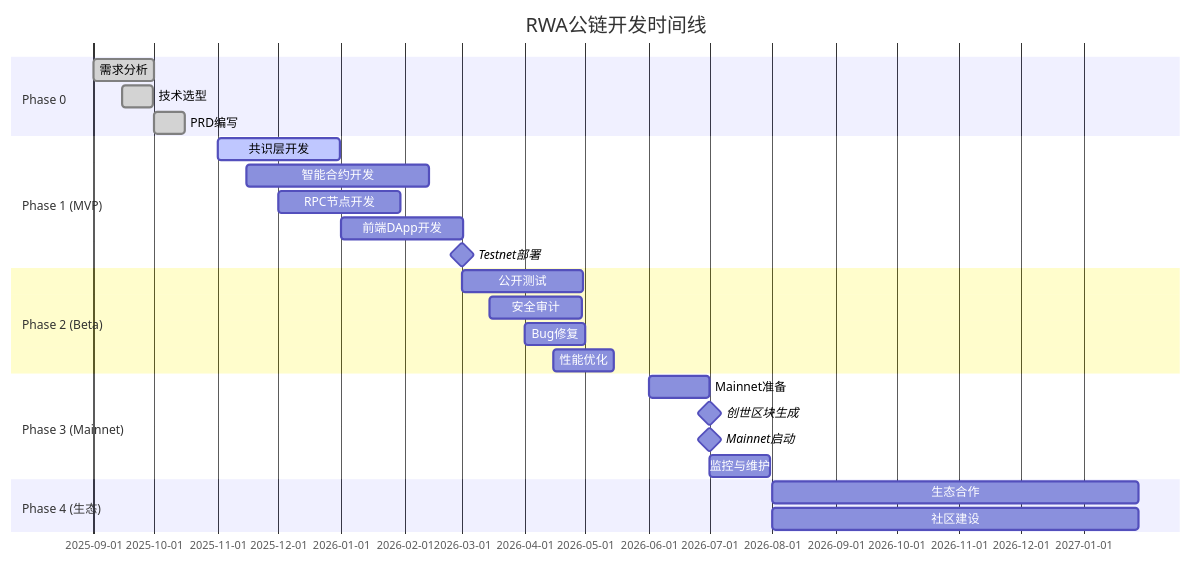
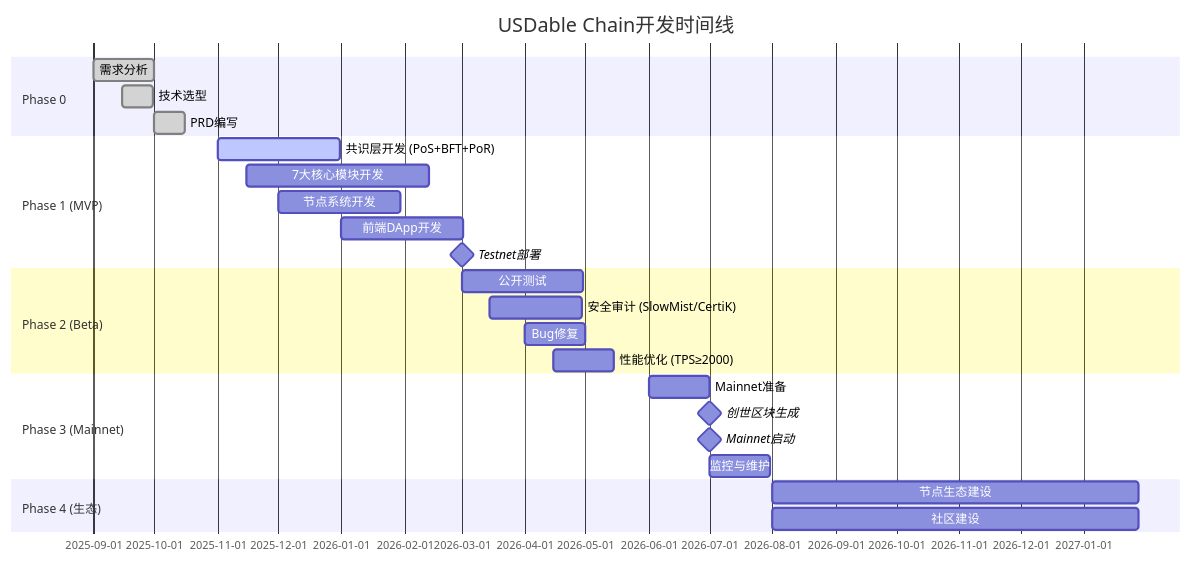
Before and after one commit to USDAble/rwa-husd-docs: the first of 2 diagrams in RealChain-Project/RWA-Blockchain-PRD/[004-7]实施计划.md, drawn with Mermaid. The commit also changed other lines of this file and 3 other files, not shown here.

````diff
--- a/RealChain-Project/RWA-Blockchain-PRD/[004-7]实施计划.md
+++ b/RealChain-Project/RWA-Blockchain-PRD/[004-7]实施计划.md
@@ -25,32 +26,32 @@
 ```mermaid
 gantt
-    title RWA公链开发时间线
+    title USDable Chain开发时间线
     dateFormat YYYY-MM-DD
     section Phase 0
     需求分析           :done, p0, 2025-09-01, 30d
     技术选型           :done, p0-1, 2025-09-15, 15d
     PRD编写            :done, p0-2, 2025-10-01, 15d
-    
+
     section Phase 1 (MVP)
-    共识层开发         :active, p1-1, 2025-11-01, 60d
-    智能合约开发       :p1-2, 2025-11-15, 90d
-    RPC节点开发        :p1-3, 2025-12-01, 60d
+    共识层开发 (PoS+BFT+PoR)  :active, p1-1, 2025-11-01, 60d
+    7大核心模块开发    :p1-2, 2025-11-15, 90d
+    节点系统开发       :p1-3, 2025-12-01, 60d
     前端DApp开发       :p1-4, 2026-01-01, 60d
     Testnet部署        :milestone, p1-5, 2026-03-01, 0d
-    
+
     section Phase 2 (Beta)
     公开测试           :p2-1, 2026-03-01, 60d
-    安全审计           :p2-2, 2026-03-15, 45d
+    安全审计 (SlowMist/CertiK) :p2-2, 2026-03-15, 45d
     Bug修复            :p2-3, 2026-04-01, 30d
-    性能优化           :p2-4, 2026-04-15, 30d
-    
+    性能优化 (TPS≥2000) :p2-4, 2026-04-15, 30d
+
     section Phase 3 (Mainnet)
     Mainnet准备        :p3-1, 2026-06-01, 30d
     创世区块生成       :milestone, p3-2, 2026-07-01, 0d
     Mainnet启动        :milestone, p3-3, 2026-07-01, 0d
     监控与维护         :p3-4, 2026-07-01, 30d
-    
+
     section Phase 4 (生态)
-    生态合作           :p4-1, 2026-08-01, 180d
+    节点生态建设       :p4-1, 2026-08-01, 180d
     社区建设           :p4-2, 2026-08-01, 180d
 ```
````
